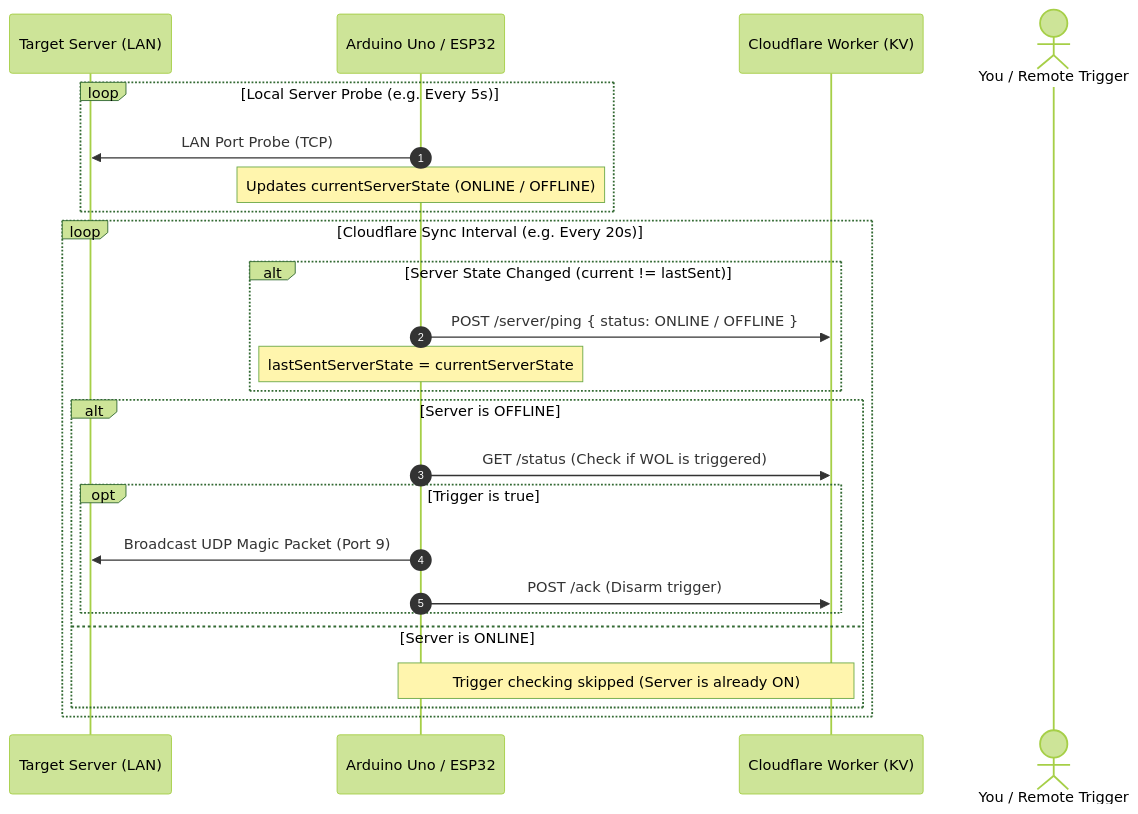
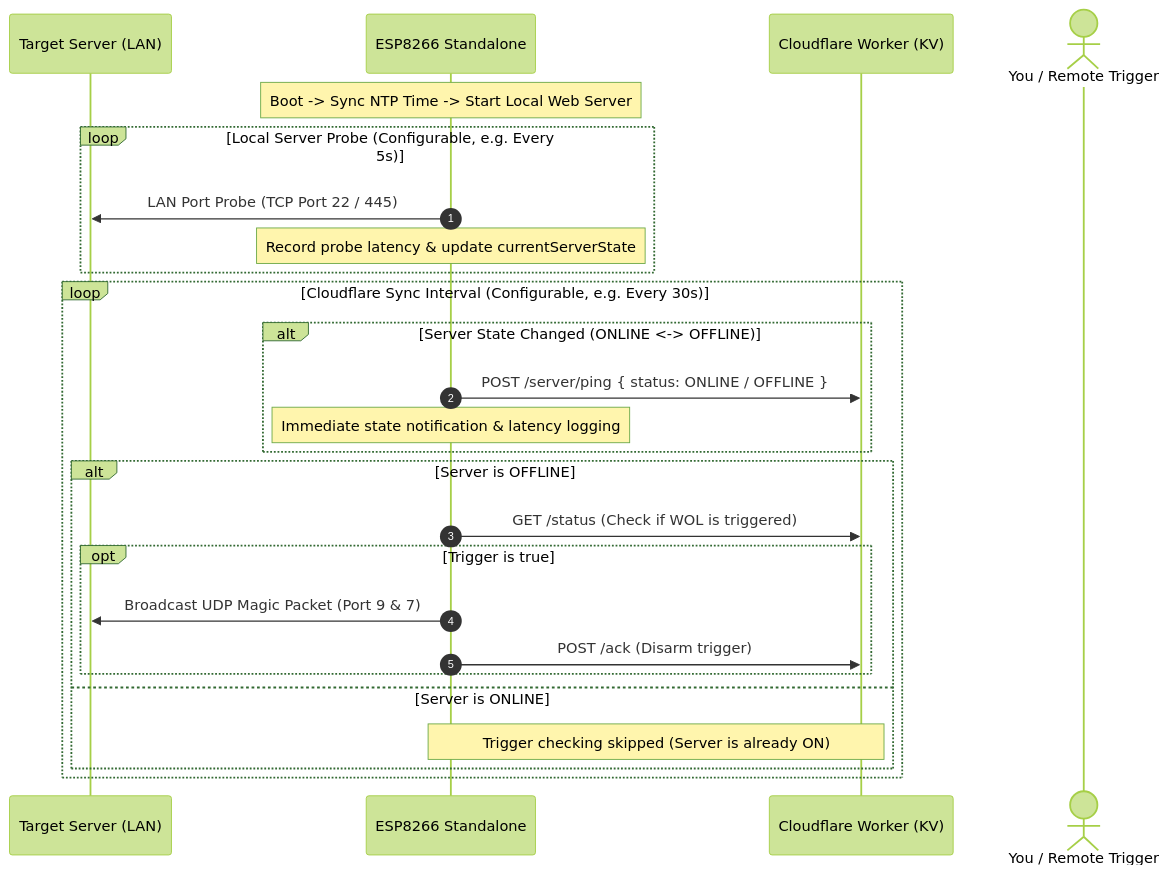
One commit to janlofredy/cf-wake-on-lan changed the diagram in README.md. Above: the diagram before and after it, drawn with Mermaid (forest theme). The commit also changed other lines of this file and 13 other files, not shown here.

Commit message:
feat: modularize standalone ESP8266 firmware with setup AP, NTP time, rich telemetry, and dynamic polling rates

````diff
--- a/README.md
+++ b/README.md
@@ -13,30 +15,32 @@
 ```mermaid
 sequenceDiagram
     autonumber
     participant Server as Target Server (LAN)
-    participant MCU as Arduino Uno / ESP32
+    participant ESP as ESP8266 Standalone
     participant CF as Cloudflare Worker (KV)
     actor User as You / Remote Trigger
 
-    loop Local Server Probe (e.g. Every 5s)
-        MCU->>Server: LAN Port Probe (TCP)
-        Note over MCU: Updates currentServerState (ONLINE / OFFLINE)
+    Note over ESP: Boot -> Sync NTP Time -> Start Local Web Server
+
+    loop Local Server Probe (Configurable, e.g. Every 5s)
+        ESP->>Server: LAN Port Probe (TCP Port 22 / 445)
+        Note over ESP: Record probe latency & update currentServerState
     end
 
-    loop Cloudflare Sync Interval (e.g. Every 20s)
-        alt Server State Changed (current != lastSent)
-            MCU->>CF: POST /server/ping { status: ONLINE / OFFLINE }
-            Note over MCU: lastSentServerState = currentServerState
+    loop Cloudflare Sync Interval (Configurable, e.g. Every 30s)
+        alt Server State Changed (ONLINE <-> OFFLINE)
+            ESP->>CF: POST /server/ping { status: ONLINE / OFFLINE }
+            Note over ESP: Immediate state notification & latency logging
         end
 
         alt Server is OFFLINE
-            MCU->>CF: GET /status (Check if WOL is triggered)
+            ESP->>CF: GET /status (Check if WOL is triggered)
             opt Trigger is true
-                MCU->>Server: Broadcast UDP Magic Packet (Port 9)
-                MCU->>CF: POST /ack (Disarm trigger)
+                ESP->>Server: Broadcast UDP Magic Packet (Port 9 & 7)
+                ESP->>CF: POST /ack (Disarm trigger)
             end
         else Server is ONLINE
-            Note over MCU,CF: Trigger checking skipped (Server is already ON)
+            Note over ESP,CF: Trigger checking skipped (Server is already ON)
         end
     end
 ```
````
